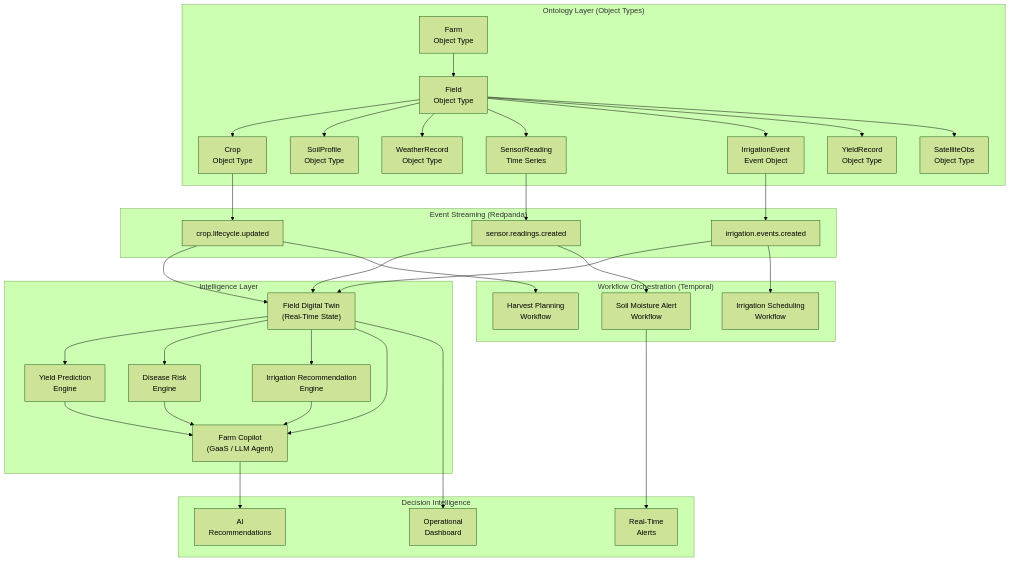
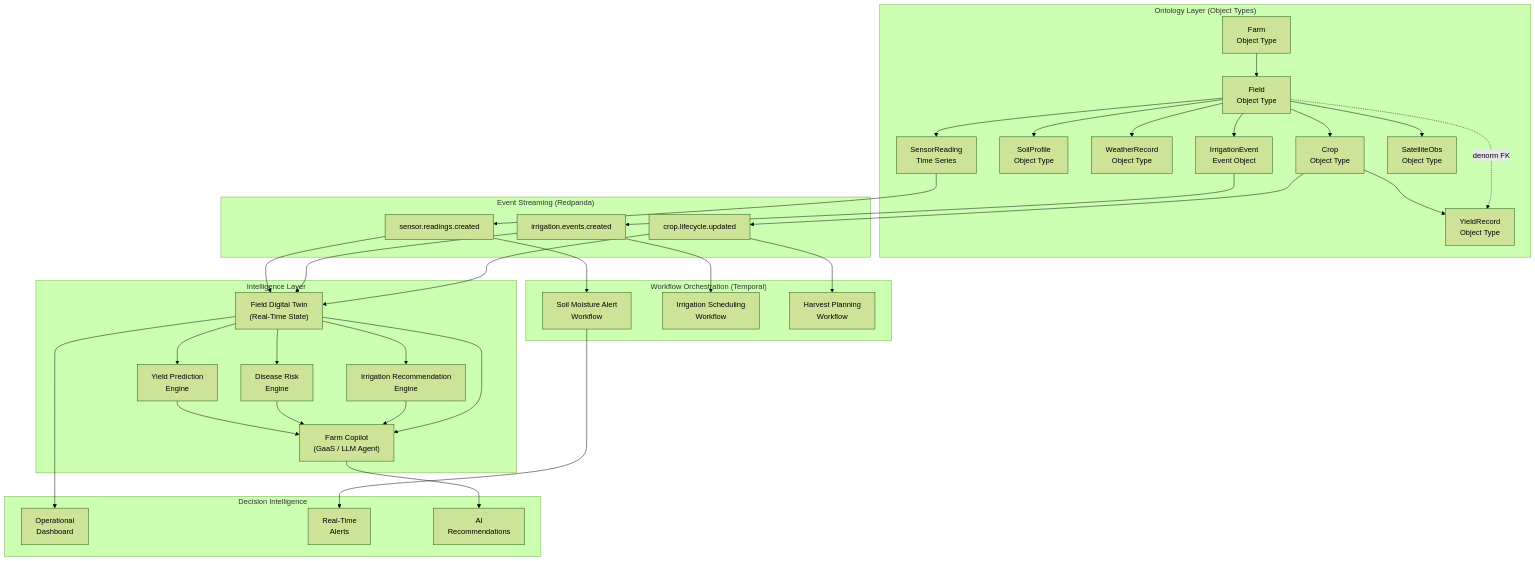
One commit to santoshnarayanan/AGRIFLOW-AI changed the second of 5 diagrams in docs/AGRIFLOW_PALANTIR_ALIGNMENT.md. Above: the diagram before and after it, drawn with Mermaid (forest theme). The commit also changed other lines of this file, not shown here.

Commit message:
phase 9 :  docs: updated plantir flow document

````diff
--- a/docs/AGRIFLOW_PALANTIR_ALIGNMENT.md
+++ b/docs/AGRIFLOW_PALANTIR_ALIGNMENT.md
@@ -471,74 +534,75 @@
 ```mermaid
 graph TB
     subgraph Ontology["Ontology Layer (Object Types)"]
         FarmOT["Farm\nObject Type"]
         FieldOT["Field\nObject Type"]
         CropOT["Crop\nObject Type"]
         SoilOT["SoilProfile\nObject Type"]
         WeatherOT["WeatherRecord\nObject Type"]
         SensorOT["SensorReading\nTime Series"]
         IrrigOT["IrrigationEvent\nEvent Object"]
         YieldOT["YieldRecord\nObject Type"]
         SatOT["SatelliteObs\nObject Type"]
     end
 
     subgraph EventStreams["Event Streaming (Redpanda)"]
         SRTopic["sensor.readings.created"]
         IETopic["irrigation.events.created"]
         CropTopic["crop.lifecycle.updated"]
     end
 
     subgraph Intelligence["Intelligence Layer"]
         DT["Field Digital Twin\n(Real-Time State)"]
         YieldAI["Yield Prediction\nEngine"]
         DiseaseAI["Disease Risk\nEngine"]
         IrrigAI["Irrigation Recommendation\nEngine"]
         GaaS["Farm Copilot\n(GaaS / LLM Agent)"]
     end
 
     subgraph Workflows["Workflow Orchestration (Temporal)"]
         AlertWF["Soil Moisture Alert\nWorkflow"]
         IrrigWF["Irrigation Scheduling\nWorkflow"]
         HarvestWF["Harvest Planning\nWorkflow"]
     end
 
     subgraph Decision["Decision Intelligence"]
         Dashboard["Operational\nDashboard"]
         Alerts["Real-Time\nAlerts"]
         Recommendations["AI\nRecommendations"]
     end
 
     FarmOT --> FieldOT
     FieldOT --> CropOT
     FieldOT --> SoilOT
     FieldOT --> WeatherOT
     FieldOT --> SensorOT
     FieldOT --> IrrigOT
-    FieldOT --> YieldOT
+    CropOT --> YieldOT
+    FieldOT -.->|"denorm FK"| YieldOT
     FieldOT --> SatOT
 
     SensorOT --> SRTopic
     IrrigOT --> IETopic
     CropOT --> CropTopic
 
     SRTopic --> DT
     IETopic --> DT
     CropTopic --> DT
 
     DT --> YieldAI
     DT --> DiseaseAI
     DT --> IrrigAI
 
     SRTopic --> AlertWF
     IETopic --> IrrigWF
     CropTopic --> HarvestWF
 
     YieldAI --> GaaS
     DiseaseAI --> GaaS
     IrrigAI --> GaaS
     DT --> GaaS
 
     DT --> Dashboard
     AlertWF --> Alerts
     GaaS --> Recommendations
 ```
````
